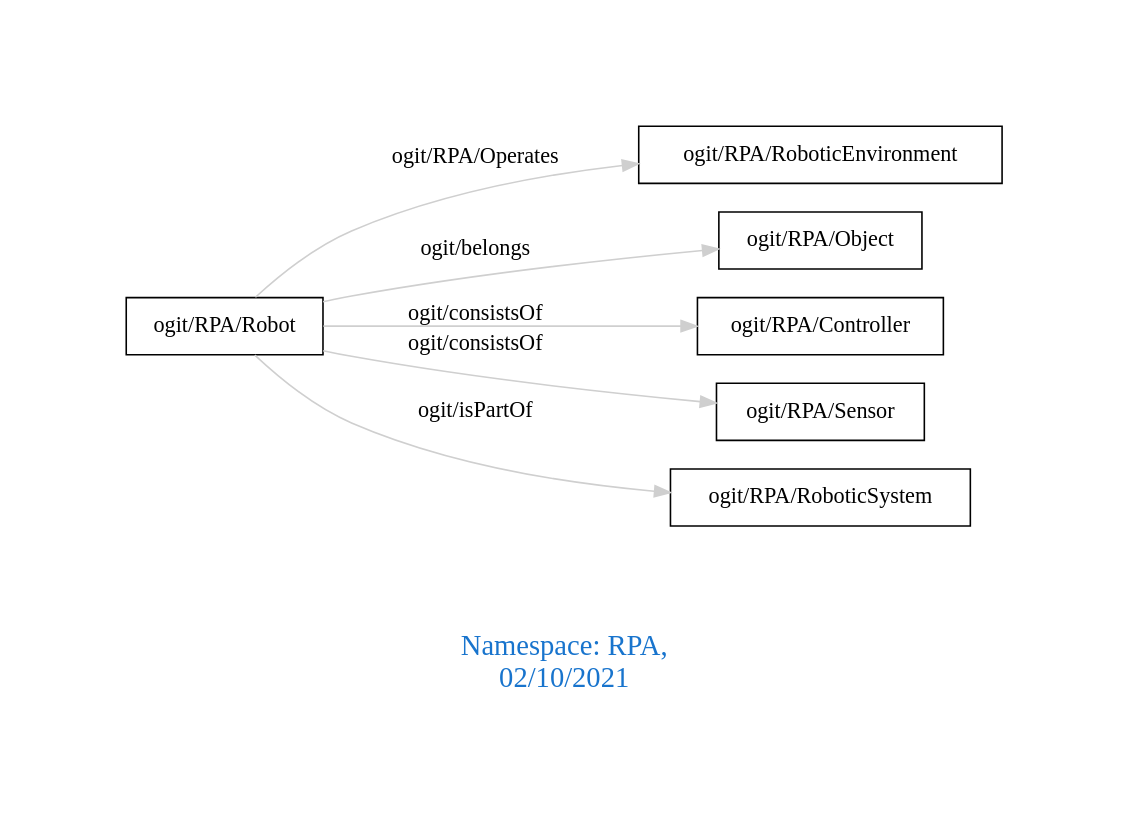
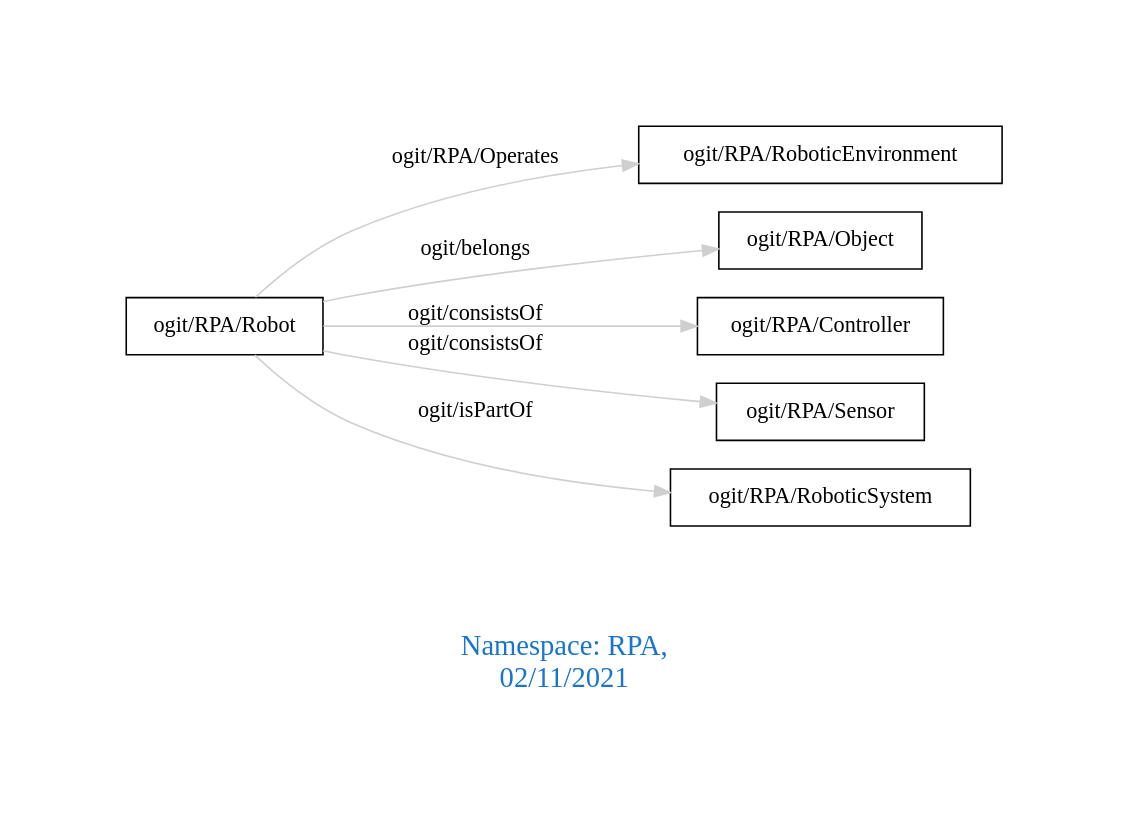
One commit to arago/OGIT changed the diagram in downloads/RPA.dot. Above: the diagram before and after it, drawn with Graphviz. The commit also changed 1844 other files, not shown here.

```diff
--- a/downloads/RPA.dot
+++ b/downloads/RPA.dot
@@ -1,13 +1,13 @@
 digraph OGIT_ontology {
  graph [ rankdir= LR,pad=1 
 fontsize = 18,
-fontcolor= dodgerblue3,label = "\n\n\nNamespace: RPA, \n 02/10/2021"];
+fontcolor= dodgerblue3,label = "\n\n\nNamespace: RPA, \n 02/11/2021"];
 node[shape=polygon];
 edge [  color="gray81"];
 
    "ogit/RPA/Robot" -> "ogit/RPA/RoboticEnvironment" [label="   ogit/RPA/Operates    "];
    "ogit/RPA/Robot" -> "ogit/RPA/Object" [label="   ogit/belongs    "];
    "ogit/RPA/Robot" -> "ogit/RPA/Controller" [label="   ogit/consistsOf    "];
    "ogit/RPA/Robot" -> "ogit/RPA/Sensor" [label="   ogit/consistsOf    "];
    "ogit/RPA/Robot" -> "ogit/RPA/RoboticSystem" [label="   ogit/isPartOf    "];
 }
```
